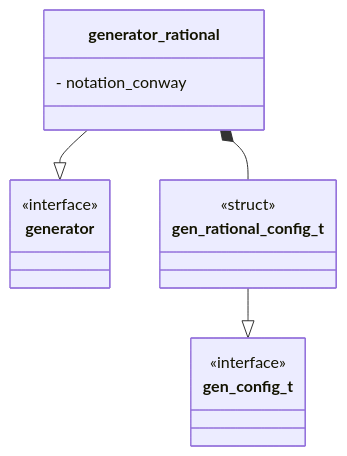
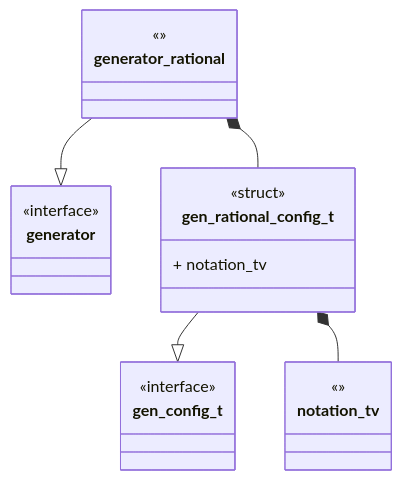
One commit to Uiowa-Applied-Topology/tanglenomicon_core_libraries changed the first of 3 diagrams in docs/design/Generators/Rational.md. Above: the diagram before and after it, drawn with Mermaid. The commit also changed other lines of this file and 22 other files, not shown here.

````diff
--- a/docs/design/Generators/Rational.md
+++ b/docs/design/Generators/Rational.md
@@ -3,29 +3,32 @@
 ```mermaid
 classDiagram
 
 generator_rational --|> generator 
 gen_rational_config_t --|> gen_config_t 
+gen_rational_config_t *-- notation_tv  
 generator_rational *-- gen_rational_config_t
 
 class generator{
 <<interface>>
 }
 
+
 class generator_rational{
-- notation_conway
-
+<<>>
 }
 
 class gen_rational_config_t {
 <<struct>>
-
-
++ notation_tv
 }
 
 class gen_config_t {
 <<interface>>
 
 }
 
+class notation_tv{
+<<>>
+}
 
 ```
````
